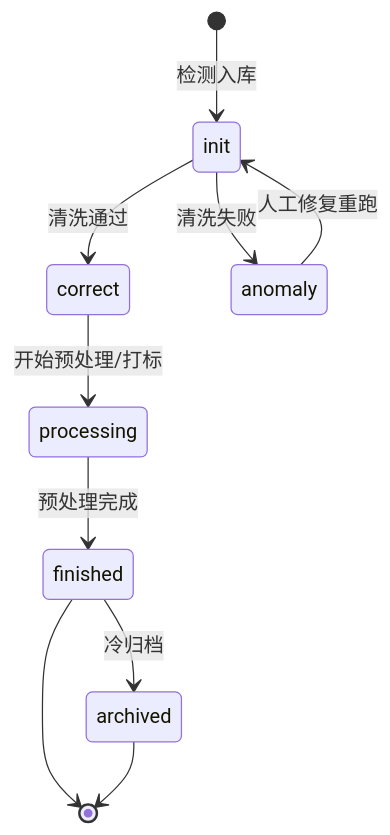
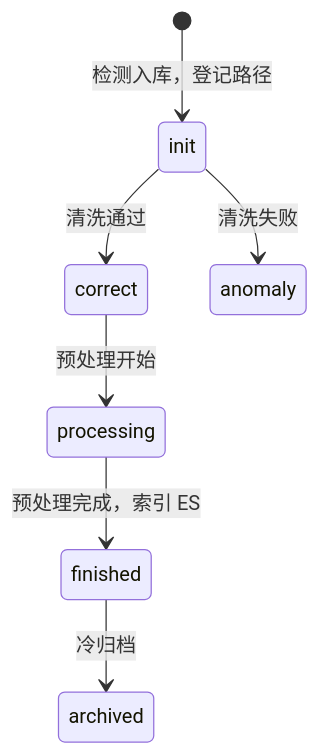
One commit to sgkokocool1/sgkokocool1 changed the second of 8 diagrams in docs/robot-data-platform/DESIGN.md. Above: the diagram before and after it, drawn with Mermaid. The commit also changed other lines of this file and 4 other files, not shown here.

````diff
--- a/docs/robot-data-platform/DESIGN.md
+++ b/docs/robot-data-platform/DESIGN.md
@@ -122,12 +134,9 @@
 ```mermaid
 stateDiagram-v2
-    [*] --> init: 检测入库
+    [*] --> init: 检测入库，登记路径
     init --> correct: 清洗通过
     init --> anomaly: 清洗失败
-    correct --> processing: 开始预处理/打标
-    processing --> finished: 预处理完成
+    correct --> processing: 预处理开始
+    processing --> finished: 预处理完成，索引 ES
     finished --> archived: 冷归档
-    anomaly --> init: 人工修复重跑
-    finished --> [*]
-    archived --> [*]
 ```
````
